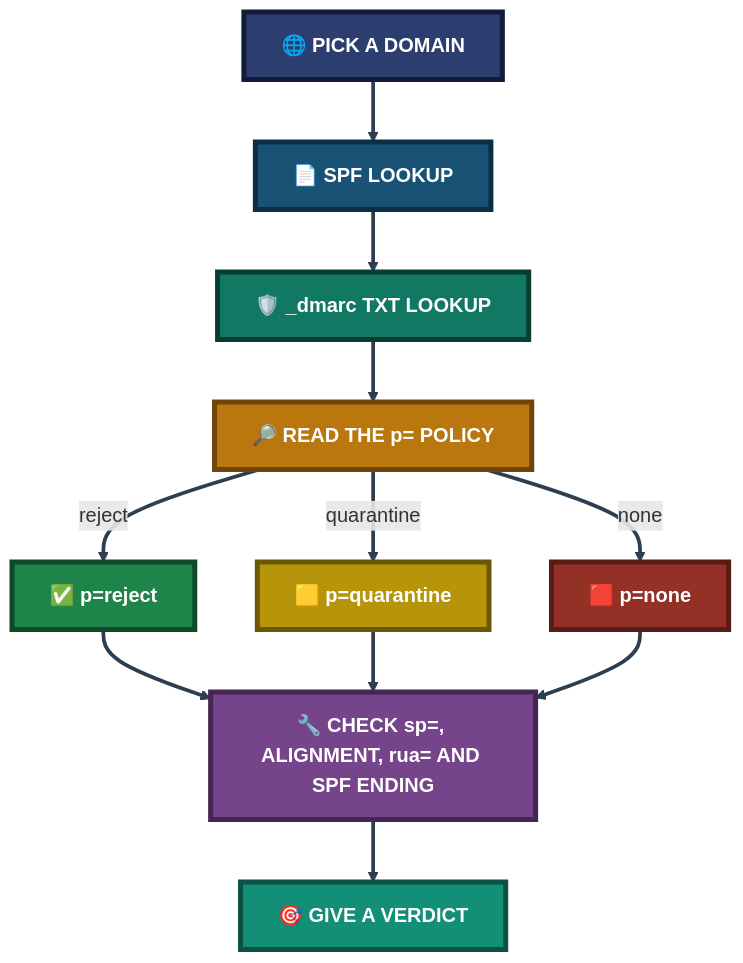
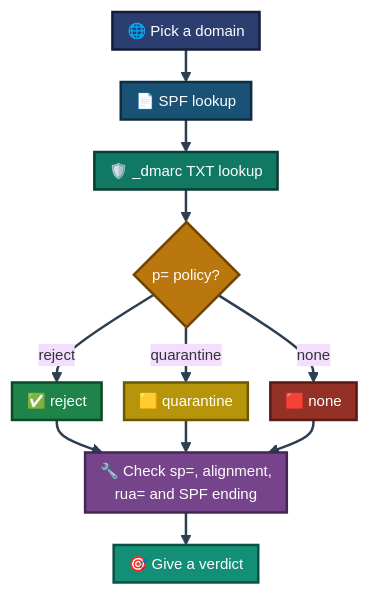
The sixth of 7 diagrams in project-2-live-email-security-audit/README.md (malaika-azhar/Real-World-Tier2-Support-Projects), drawn with Mermaid before and after one commit. The commit also changed other lines of this file, not shown here.

````diff
--- a/project-2-live-email-security-audit/README.md
+++ b/project-2-live-email-security-audit/README.md
@@ -545,33 +585,22 @@
 ```mermaid
+%%{init: {'theme': 'base', 'themeVariables': {'fontSize': '12px'}, 'flowchart': {'nodeSpacing': 18, 'rankSpacing': 26, 'padding': 6}}}%%
 flowchart TB
-    Dom["🌐 PICK A DOMAIN"]:::domClass
-    Spf["📄 SPF LOOKUP"]:::spfClass
-    Dmarc["🛡️ _dmarc TXT LOOKUP"]:::dmarcClass
-    Pol["🔎 READ THE p= POLICY"]:::polClass
-    Rej["✅ p=reject"]:::rejClass
-    Qua["🟨 p=quarantine"]:::quaClass
-    Non["🟥 p=none"]:::nonClass
-    Gap["🔧 CHECK sp=, ALIGNMENT, rua= AND SPF ENDING"]:::gapClass
-    Ver["🎯 GIVE A VERDICT"]:::verClass
-
-    Dom --> Spf --> Dmarc --> Pol
-    Pol -->|reject| Rej
-    Pol -->|quarantine| Qua
-    Pol -->|none| Non
-    Rej --> Gap
+    Dom["🌐 Pick a domain"]:::dom --> Spf["📄 SPF lookup"]:::spf --> Dmarc["🛡️ _dmarc TXT lookup"]:::dmarc --> Pol{"p= policy?"}:::pol
+    Pol -->|reject| Rej["✅ reject"]:::rej
+    Pol -->|quarantine| Qua["🟨 quarantine"]:::qua
+    Pol -->|none| Non["🟥 none"]:::non
+    Rej --> Gap["🔧 Check sp=, alignment,<br/>rua= and SPF ending"]:::gap
     Qua --> Gap
     Non --> Gap
-    Gap --> Ver
-
-    classDef domClass fill:#2C3E70,stroke:#131B3A,stroke-width:4px,color:#FFFFFF,font-weight:bold
-    classDef spfClass fill:#1A5276,stroke:#0B2E43,stroke-width:4px,color:#FFFFFF,font-weight:bold
-    classDef dmarcClass fill:#117864,stroke:#083D33,stroke-width:4px,color:#FFFFFF,font-weight:bold
-    classDef polClass fill:#B9770E,stroke:#6E4409,stroke-width:4px,color:#FFFFFF,font-weight:bold
-    classDef rejClass fill:#1E8449,stroke:#0E4A28,stroke-width:4px,color:#FFFFFF,font-weight:bold
-    classDef quaClass fill:#B7950B,stroke:#6B5807,stroke-width:4px,color:#FFFFFF,font-weight:bold
-    classDef nonClass fill:#943126,stroke:#571C16,stroke-width:4px,color:#FFFFFF,font-weight:bold
-    classDef gapClass fill:#76448A,stroke:#432752,stroke-width:4px,color:#FFFFFF,font-weight:bold
-    classDef verClass fill:#148F77,stroke:#0B5142,stroke-width:4px,color:#FFFFFF,font-weight:bold
-
-    linkStyle default stroke:#2C3E50,stroke-width:3px
+    Gap --> Ver["🎯 Give a verdict"]:::ver
+    classDef dom fill:#2C3E70,stroke:#131B3A,stroke-width:2px,color:#FFFFFF
+    classDef spf fill:#1A5276,stroke:#0B2E43,stroke-width:2px,color:#FFFFFF
+    classDef dmarc fill:#117864,stroke:#083D33,stroke-width:2px,color:#FFFFFF
+    classDef pol fill:#B9770E,stroke:#6E4409,stroke-width:2px,color:#FFFFFF
+    classDef rej fill:#1E8449,stroke:#0E4A28,stroke-width:2px,color:#FFFFFF
+    classDef qua fill:#B7950B,stroke:#6B5807,stroke-width:2px,color:#FFFFFF
+    classDef non fill:#943126,stroke:#571C16,stroke-width:2px,color:#FFFFFF
+    classDef gap fill:#76448A,stroke:#432752,stroke-width:2px,color:#FFFFFF
+    classDef ver fill:#148F77,stroke:#0B5142,stroke-width:2px,color:#FFFFFF
+    linkStyle default stroke:#2C3E50,stroke-width:2px
 ```
````
